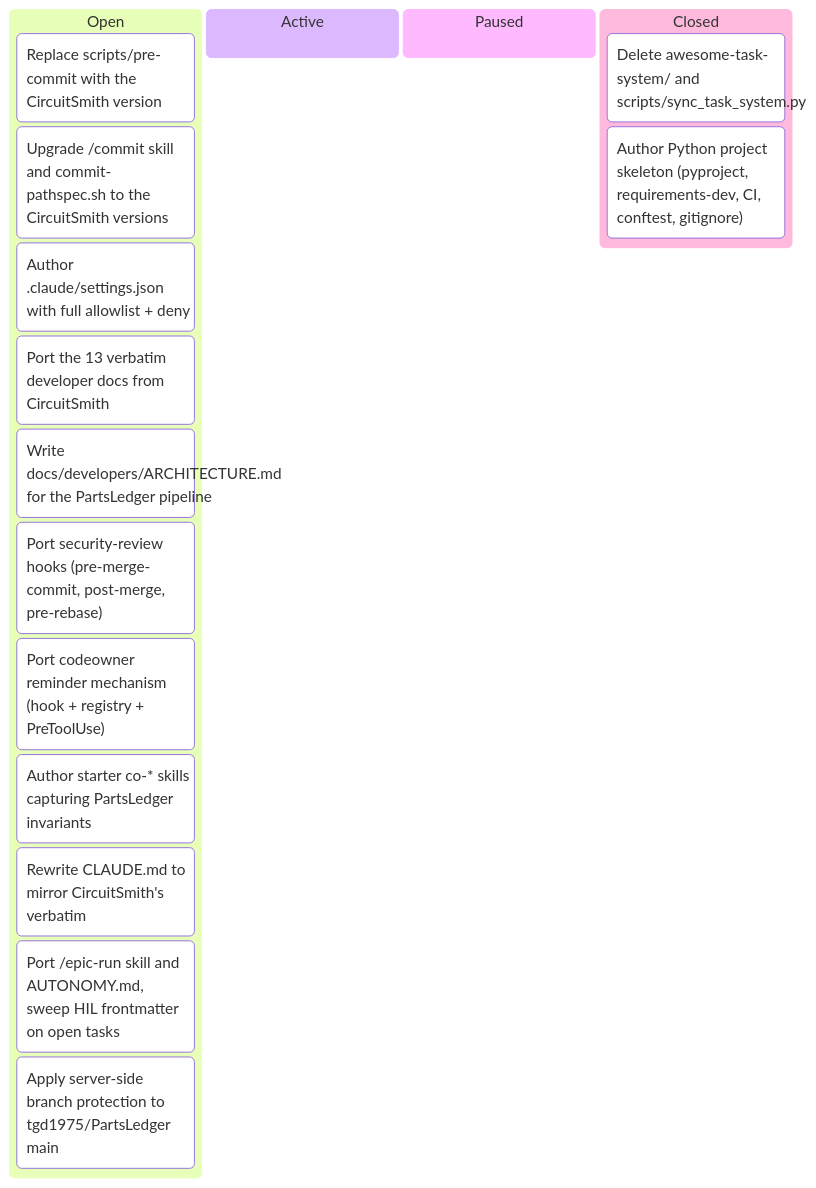
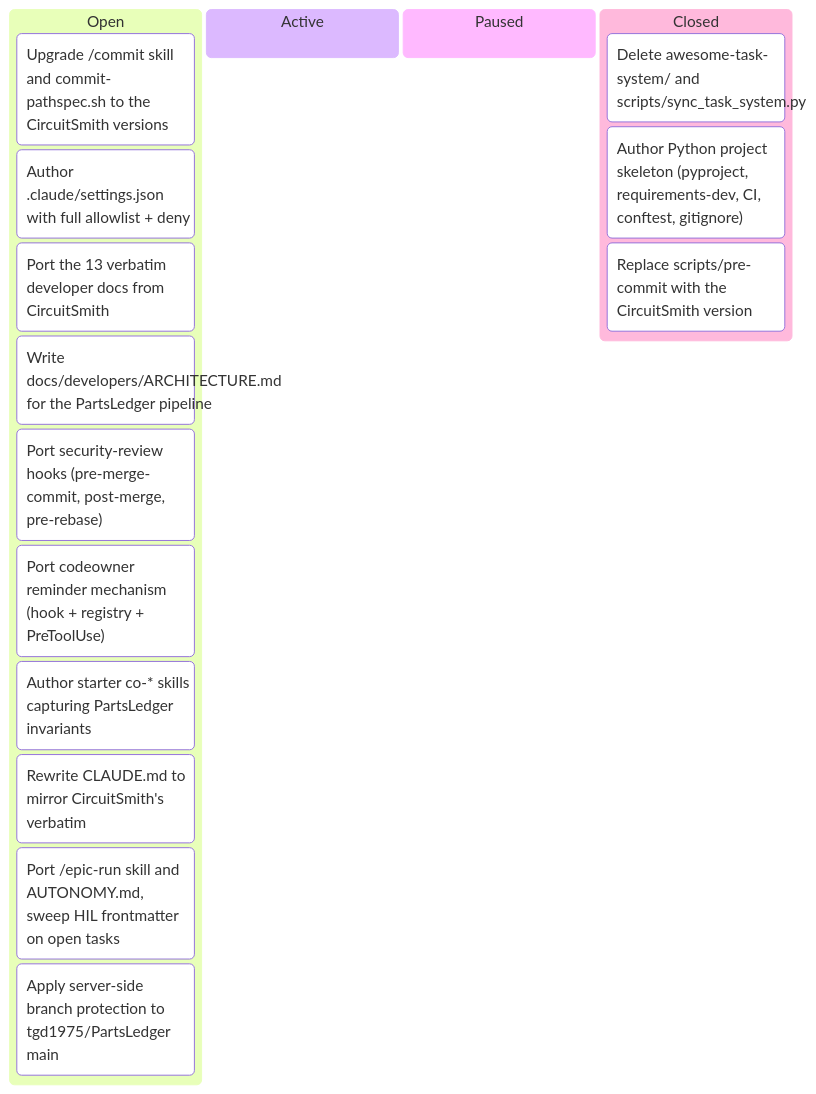
Before and after one commit to tgd1975/PartsLedger: the diagram in docs/developers/tasks/KANBAN.md, drawn with Mermaid. The commit also changed other lines of this file and 4 other files, not shown here.

First line of the commit message:
close TASK-003: Replace scripts/pre-commit with the CircuitSmith version

````diff
--- a/docs/developers/tasks/KANBAN.md
+++ b/docs/developers/tasks/KANBAN.md
@@ -11,20 +11,20 @@
 ```mermaid
 kanban
   Open
-    TASK_003["Replace scripts/pre-commit with the CircuitSmith version"]
     TASK_004["Upgrade /commit skill and commit-pathspec.sh to the CircuitSmith versions"]
     TASK_005["Author .claude/settings.json with full allowlist + deny"]
     TASK_006["Port the 13 verbatim developer docs from CircuitSmith"]
     TASK_007["Write docs/developers/ARCHITECTURE.md for the PartsLedger pipeline"]
     TASK_008["Port security-review hooks (pre-merge-commit, post-merge, pre-rebase)"]
     TASK_009["Port codeowner reminder mechanism (hook + registry + PreToolUse)"]
     TASK_010["Author starter co-* skills capturing PartsLedger invariants"]
     TASK_011["Rewrite CLAUDE.md to mirror CircuitSmith's verbatim"]
     TASK_012["Port /epic-run skill and AUTONOMY.md, sweep HIL frontmatter on open tasks"]
     TASK_013["Apply server-side branch protection to tgd1975/PartsLedger main"]
   Active
   Paused
   Closed
     TASK_001["Delete awesome-task-system/ and scripts/sync_task_system.py"]
     TASK_002["Author Python project skeleton (pyproject, requirements-dev, CI, conftest, gitignore)"]
+    TASK_003["Replace scripts/pre-commit with the CircuitSmith version"]
 ```
````
